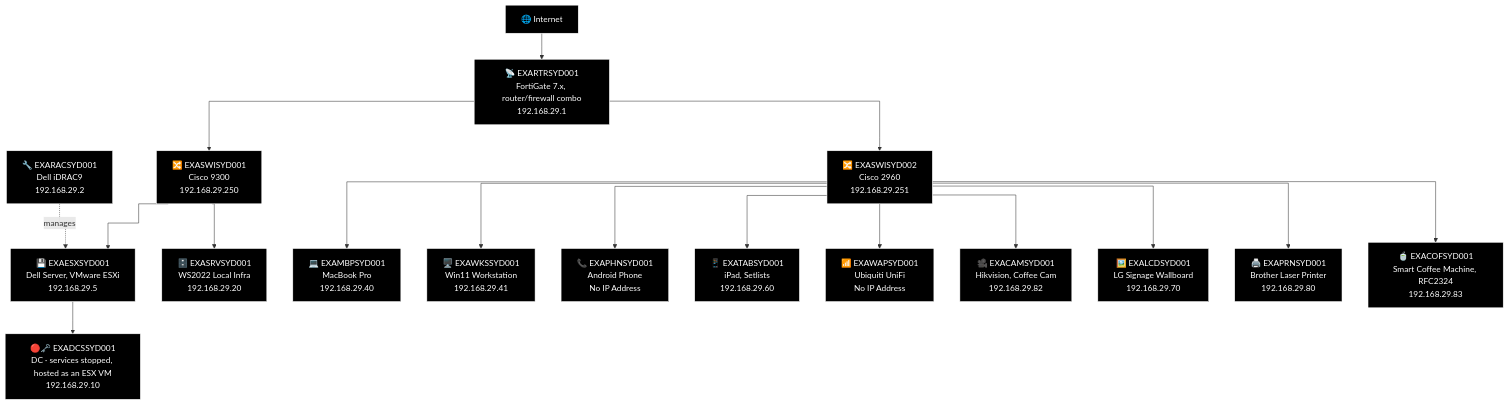
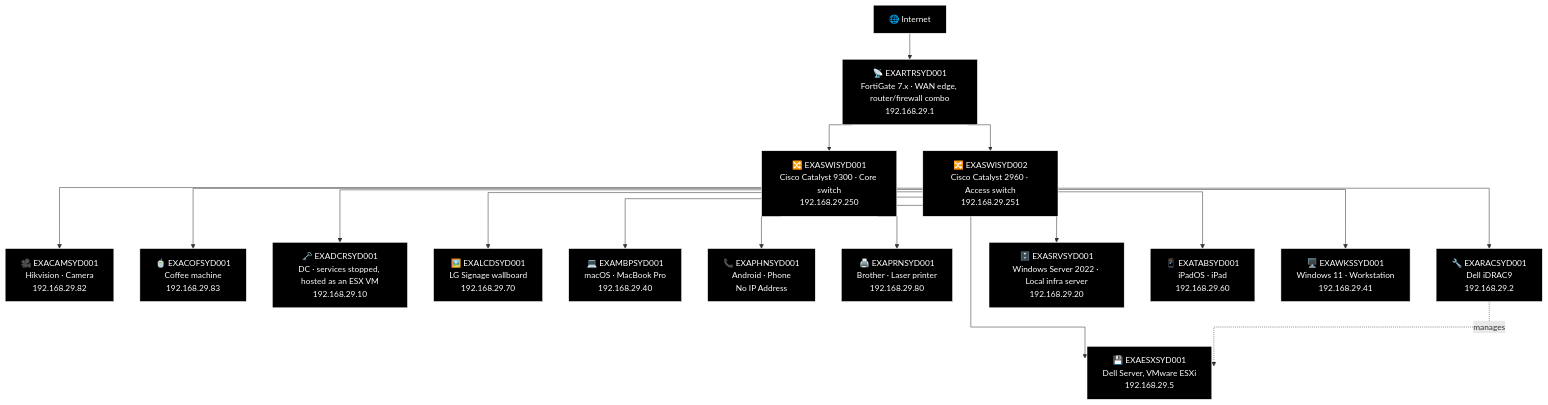
Before and after one commit to knightmare2600/example_music_infra: the first of 6 diagrams in docs/network-diagram/australia.md, drawn with Mermaid. The commit also changed other lines of this file and 8 other files, not shown here.

````diff
--- a/docs/network-diagram/australia.md
+++ b/docs/network-diagram/australia.md
@@ -33,57 +33,55 @@
 ```mermaid
+%% GENERATED:OLDNETWORK:SYD:START
 %%{init: {'flowchart': {'curve': 'stepAfter'}}}%%
 graph TD
     O_INET["🌐 Internet"]
-    O_RTR["📡 EXARTRSYD001<br/>FortiGate 7.x, router/firewall combo<br/>192.168.29.1"]
+    O_RTR["📡 EXARTRSYD001<br/>FortiGate 7.x · WAN edge, router/firewall combo<br/>192.168.29.1"]
+    O_SWI1["🔀 EXASWISYD001<br/>Cisco Catalyst 9300 · Core switch<br/>192.168.29.250"]
+    O_SWI2["🔀 EXASWISYD002<br/>Cisco Catalyst 2960 · Access switch<br/>192.168.29.251"]
+    O_CAM["🎥 EXACAMSYD001<br/>Hikvision · Camera<br/>192.168.29.82"]
+    O_COF["🍵 EXACOFSYD001<br/>Coffee machine<br/>192.168.29.83"]
+    O_DCR["🗝️ EXADCRSYD001<br/>DC · services stopped, hosted as an ESX VM<br/>192.168.29.10"]
+    O_ESX["💾 EXAESXSYD001<br/>Dell Server, VMware ESXi<br/>192.168.29.5"]
+    O_LCD["🖼️ EXALCDSYD001<br/>LG Signage wallboard<br/>192.168.29.70"]
+    O_MBP["💻 EXAMBPSYD001<br/>macOS · MacBook Pro<br/>192.168.29.40"]
+    O_PHN["📞 EXAPHNSYD001<br/>Android · Phone<br/>No IP Address"]
+    O_PRN["🖨️ EXAPRNSYD001<br/>Brother · Laser printer<br/>192.168.29.80"]
+    O_RAC["🔧 EXARACSYD001<br/>Dell iDRAC9<br/>192.168.29.2"]
+    O_SRV["🗄️ EXASRVSYD001<br/>Windows Server 2022 · Local infra server<br/>192.168.29.20"]
+    O_TAB["📱 EXATABSYD001<br/>iPadOS · iPad<br/>192.168.29.60"]
+    O_WKS["🖥️ EXAWKSSYD001<br/>Windows 11 · Workstation<br/>192.168.29.41"]
     O_INET --> O_RTR
-    O_SW1["🔀 EXASWISYD001<br/>Cisco 9300<br/>192.168.29.250"]
-    O_SW2["🔀 EXASWISYD002<br/>Cisco 2960<br/>192.168.29.251"]
-    O_RTR --> O_SW1
-    O_RTR --> O_SW2
-
-    O_RAC["🔧 EXARACSYD001<br/>Dell iDRAC9<br/>192.168.29.2"]
-    O_ESX["💾 EXAESXSYD001<br/>Dell Server, VMware ESXi<br/>192.168.29.5"]
-    O_DC["🔴🗝️ EXADCSSYD001<br/>DC · services stopped, hosted as an ESX VM<br/>192.168.29.10"]
-    O_SRV["🗄️ EXASRVSYD001<br/>WS2022 Local Infra<br/>192.168.29.20"]
-    O_SW1 --> O_ESX
+    O_RTR --> O_SWI1
+    O_RTR --> O_SWI2
+    O_SWI1 --> O_CAM
+    O_SWI1 --> O_COF
+    O_SWI1 --> O_DCR
+    O_SWI1 --> O_ESX
+    O_SWI1 --> O_LCD
+    O_SWI1 --> O_MBP
+    O_SWI1 --> O_PHN
+    O_SWI1 --> O_PRN
+    O_SWI1 --> O_RAC
     O_RAC -.->|"manages"| O_ESX
-    O_ESX --> O_DC
-    O_SW1 --> O_SRV
-
-    O_MBP["💻 EXAMBPSYD001<br/>MacBook Pro<br/>192.168.29.40"]
-    O_WKS["🖥️ EXAWKSSYD001<br/>Win11 Workstation<br/>192.168.29.41"]
-    O_PHN["📞 EXAPHNSYD001<br/>Android Phone<br/>No IP Address"]
-    O_TAB["📱 EXATABSYD001<br/>iPad, Setlists<br/>192.168.29.60"]
-    O_WAP["📶 EXAWAPSYD001<br/>Ubiquiti UniFi<br/>No IP Address"]
-    O_CAM1["🎥 EXACAMSYD001<br/>Hikvision, Coffee Cam<br/>192.168.29.82"]
-    O_LCD["🖼️ EXALCDSYD001<br/>LG Signage Wallboard<br/>192.168.29.70"]
-    O_PRN["🖨️ EXAPRNSYD001<br/>Brother Laser Printer<br/>192.168.29.80"]
-    O_COF["🍵 EXACOFSYD001<br/>Smart Coffee Machine, RFC2324<br/>192.168.29.83"]
-    O_SW2 --> O_MBP
-    O_SW2 --> O_WKS
-    O_SW2 --> O_PHN
-    O_SW2 --> O_TAB
-    O_SW2 --> O_WAP
-    O_SW2 --> O_CAM1
-    O_SW2 --> O_LCD
-    O_SW2 --> O_PRN
-    O_SW2 --> O_COF
+    O_SWI1 --> O_SRV
+    O_SWI1 --> O_TAB
+    O_SWI1 --> O_WKS
 
     style O_INET fill:#000000,stroke:#FFFFFF,color:#FFFFFF
     style O_RTR fill:#000000,stroke:#FFFFFF,color:#FFFFFF
-    style O_SW1 fill:#000000,stroke:#FFFFFF,color:#FFFFFF
-    style O_SW2 fill:#000000,stroke:#FFFFFF,color:#FFFFFF
+    style O_SWI1 fill:#000000,stroke:#FFFFFF,color:#FFFFFF
+    style O_SWI2 fill:#000000,stroke:#FFFFFF,color:#FFFFFF
+    style O_CAM fill:#000000,stroke:#FFFFFF,color:#FFFFFF
+    style O_COF fill:#000000,stroke:#FFFFFF,color:#FFFFFF
+    style O_DCR fill:#000000,stroke:#FFFFFF,color:#FFFFFF
+    style O_ESX fill:#000000,stroke:#FFFFFF,color:#FFFFFF
+    style O_LCD fill:#000000,stroke:#FFFFFF,color:#FFFFFF
+    style O_MBP fill:#000000,stroke:#FFFFFF,color:#FFFFFF
+    style O_PHN fill:#000000,stroke:#FFFFFF,color:#FFFFFF
+    style O_PRN fill:#000000,stroke:#FFFFFF,color:#FFFFFF
     style O_RAC fill:#000000,stroke:#FFFFFF,color:#FFFFFF
-    style O_ESX fill:#000000,stroke:#FFFFFF,color:#FFFFFF
-    style O_DC fill:#000000,stroke:#FFFFFF,color:#FFFFFF
     style O_SRV fill:#000000,stroke:#FFFFFF,color:#FFFFFF
-    style O_MBP fill:#000000,stroke:#FFFFFF,color:#FFFFFF
+    style O_TAB fill:#000000,stroke:#FFFFFF,color:#FFFFFF
     style O_WKS fill:#000000,stroke:#FFFFFF,color:#FFFFFF
-    style O_PHN fill:#000000,stroke:#FFFFFF,color:#FFFFFF
-    style O_TAB fill:#000000,stroke:#FFFFFF,color:#FFFFFF
-    style O_WAP fill:#000000,stroke:#FFFFFF,color:#FFFFFF
-    style O_CAM1 fill:#000000,stroke:#FFFFFF,color:#FFFFFF
-    style O_LCD fill:#000000,stroke:#FFFFFF,color:#FFFFFF
-    style O_PRN fill:#000000,stroke:#FFFFFF,color:#FFFFFF
-    style O_COF fill:#000000,stroke:#FFFFFF,color:#FFFFFF
+%% GENERATED:OLDNETWORK:SYD:END
 ```
````
